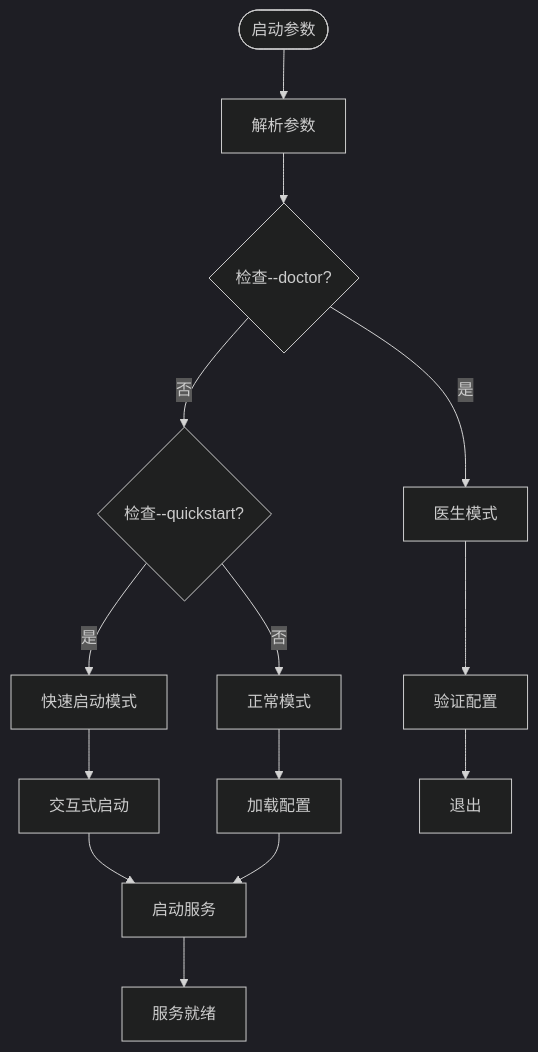
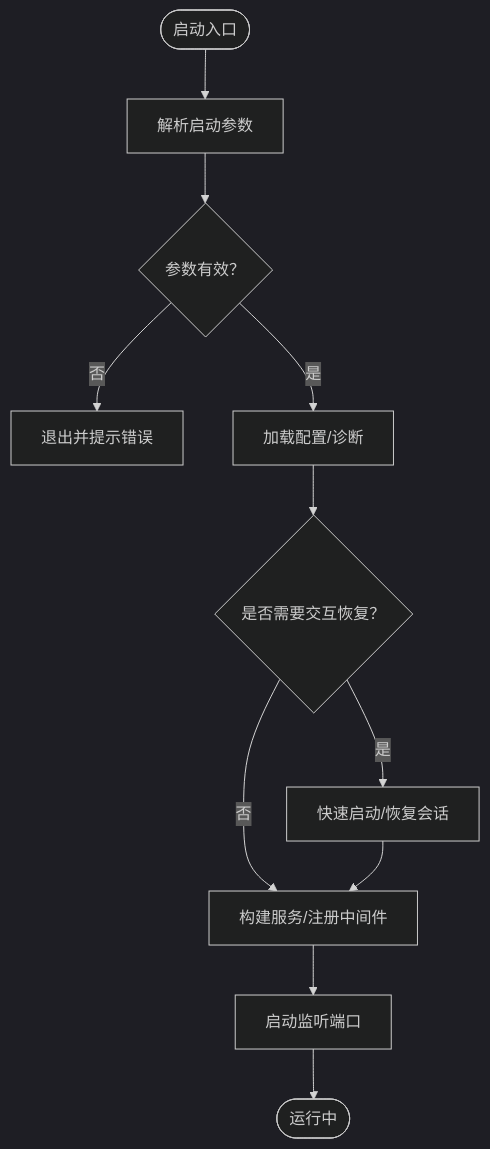
Before and after one commit to wayyet/kingcrab: the third of 5 diagrams in .qoder/repowiki/zh/content/项目概述/快速开始指南.md, drawn with Mermaid (dark theme). The commit also changed other lines of this file and 431 other files, not shown here.

````diff
--- a/.qoder/repowiki/zh/content/项目概述/快速开始指南.md
+++ b/.qoder/repowiki/zh/content/项目概述/快速开始指南.md
@@ -207,16 +156,13 @@
 ```mermaid
 flowchart TD
-Start([启动参数]) --> Parse[解析参数]
-Parse --> CheckDoctor{检查--doctor?}
-CheckDoctor --> |是| DoctorMode[医生模式]
-CheckDoctor --> |否| CheckQuickstart{检查--quickstart?}
-CheckQuickstart --> |是| QuickstartMode[快速启动模式]
-CheckQuickstart --> |否| NormalMode[正常模式]
-DoctorMode --> Validate[验证配置]
-QuickstartMode --> Interactive[交互式启动]
-NormalMode --> LoadConfig[加载配置]
-Validate --> Exit[退出]
-Interactive --> Launch[启动服务]
-LoadConfig --> Launch
-Launch --> Ready[服务就绪]
+Start(["启动入口"]) --> Parse["解析启动参数"]
+Parse --> Validate{"参数有效？"}
+Validate --> |否| ExitErr["退出并提示错误"]
+Validate --> |是| Boot["加载配置/诊断"]
+Boot --> Ready{"是否需要交互恢复？"}
+Ready --> |是| Quickstart["快速启动/恢复会话"]
+Ready --> |否| Build["构建服务/注册中间件"]
+Quickstart --> Build
+Build --> Run["启动监听端口"]
+Run --> End(["运行中"])
 ```
````
